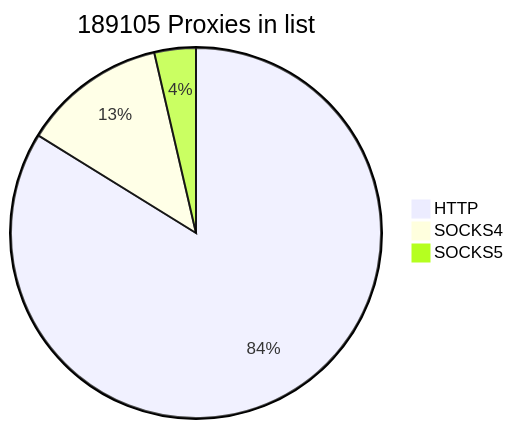
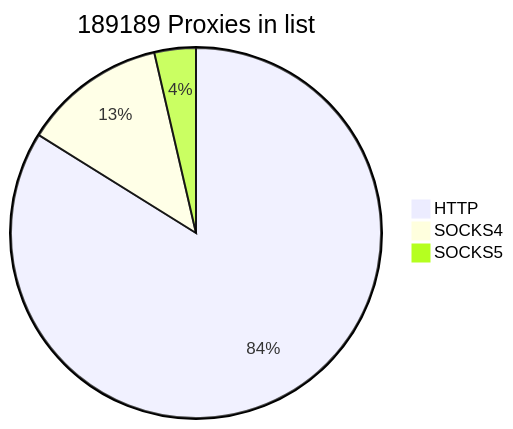
Before and after one commit to cutipu/proxylist: the first of 2 diagrams in README.md, drawn with Mermaid. The commit also changed other lines of this file, not shown here.

````diff
--- a/README.md
+++ b/README.md
@@ -2,7 +2,7 @@
 ```mermaid
-pie title 189105 Proxies in list
-    "HTTP" : 158501
-    "SOCKS4" : 23755
-    "SOCKS5" : 6849
+pie title 189189 Proxies in list
+    "HTTP" : 158667
+    "SOCKS4" : 23674
+    "SOCKS5" : 6848
             
 ```
````
